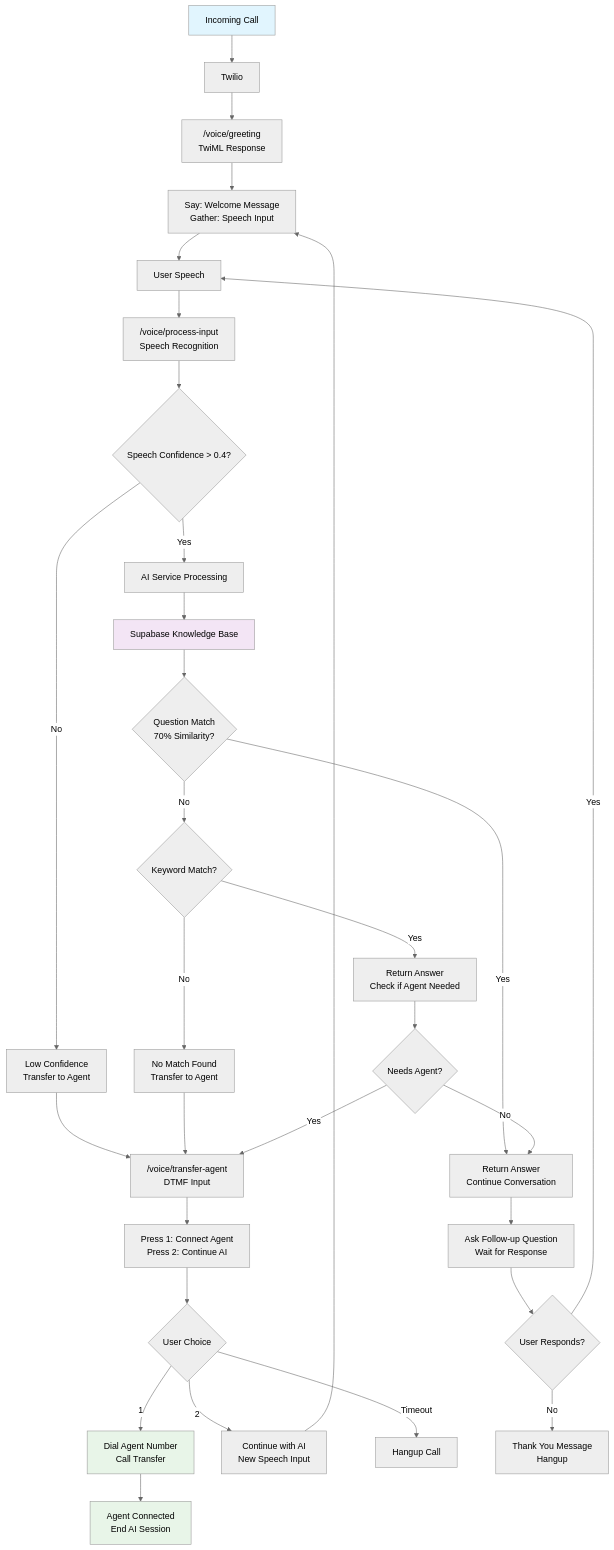
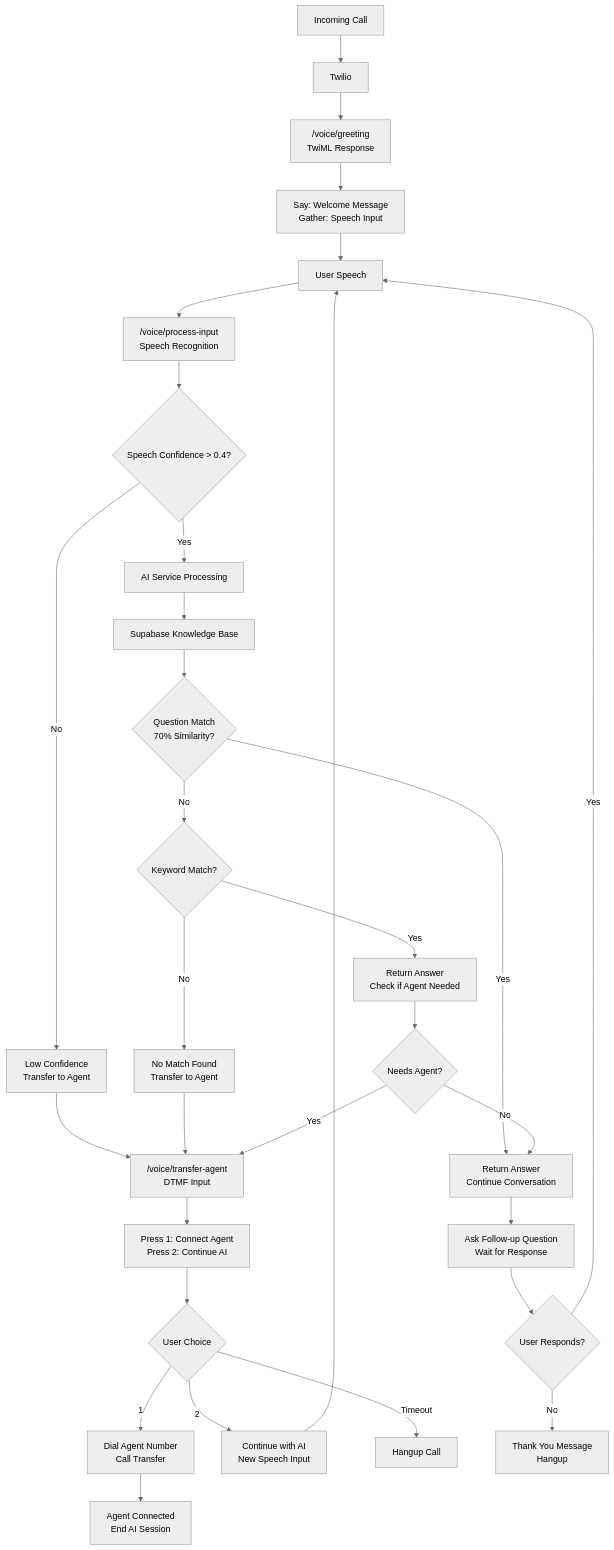
One commit to nectro/sei_test changed the diagram in README.md. Above: the diagram before and after it, drawn with Mermaid (neutral theme). The commit also changed 1 other file, not shown here.

Commit message:
update: readme, remove: unused logic

````diff
--- a/README.md
+++ b/README.md
@@ -110,46 +110,41 @@
 ```mermaid
 graph TD
     A[Incoming Call] --> B[Twilio]
     B --> C["/voice/greeting<br/>TwiML Response"]
     C --> D["Say: Welcome Message<br/>Gather: Speech Input"]
     D --> E[User Speech]
     E --> F["/voice/process-input<br/>Speech Recognition"]
     F --> G{Speech Confidence > 0.4?}
     
     G -->|No| H["Low Confidence<br/>Transfer to Agent"]
     G -->|Yes| I[AI Service Processing]
     
     I --> J[Supabase Knowledge Base]
     J --> K{Question Match<br/>70% Similarity?}
     
     K -->|Yes| L["Return Answer<br/>Continue Conversation"]
     K -->|No| M{Keyword Match?}
     
     M -->|Yes| N["Return Answer<br/>Check if Agent Needed"]
     M -->|No| O["No Match Found<br/>Transfer to Agent"]
     
     H --> P["/voice/transfer-agent<br/>DTMF Input"]
     O --> P
     N --> Q{Needs Agent?}
     Q -->|Yes| P
     Q -->|No| L
     
     P --> R["Press 1: Connect Agent<br/>Press 2: Continue AI"]
     R --> S{User Choice}
     S -->|1| T["Dial Agent Number<br/>Call Transfer"]
     S -->|2| U["Continue with AI<br/>New Speech Input"]
     S -->|Timeout| V["Hangup Call"]
     
     L --> W["Ask Follow-up Question<br/>Wait for Response"]
     W --> X{User Responds?}
     X -->|Yes| E
     X -->|No| Y["Thank You Message<br/>Hangup"]
     
     T --> Z["Agent Connected<br/>End AI Session"]
-    U --> D
-    
-    style A fill:#e1f5fe
-    style J fill:#f3e5f5
-    style T fill:#e8f5e8
-    style Z fill:#e8f5e8
+    U --> E
 ```
````
